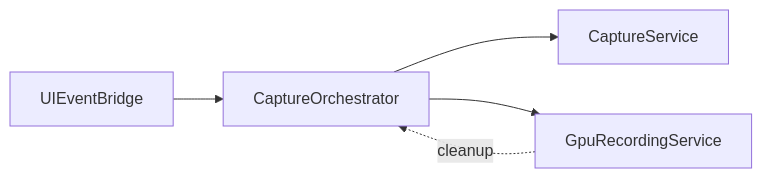
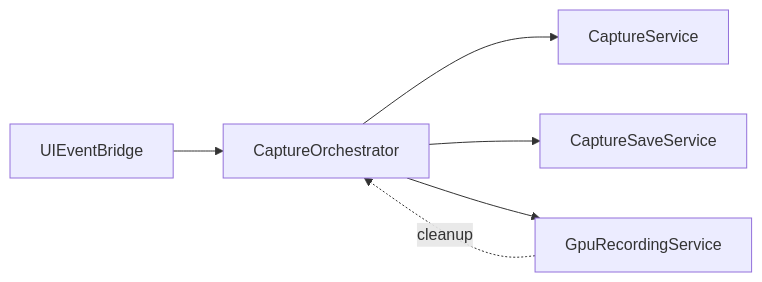
Before and after one commit to josstei/prismgb-app: the third of 6 diagrams in docs/architecture-diagrams-onboarding.md, drawn with Mermaid. The commit also changed other lines of this file and 80 other files, not shown here.

````diff
--- a/docs/architecture-diagrams-onboarding.md
+++ b/docs/architecture-diagrams-onboarding.md
@@ -51,12 +51,14 @@
 ```mermaid
 flowchart LR
   UIEventBridge[UIEventBridge]
   CaptureOrchestrator[CaptureOrchestrator]
   CaptureService[CaptureService]
+  CaptureSaveService[CaptureSaveService]
   GpuRecordingService[GpuRecordingService]
 
   UIEventBridge --> CaptureOrchestrator
   CaptureOrchestrator --> CaptureService
+  CaptureOrchestrator --> CaptureSaveService
   CaptureOrchestrator --> GpuRecordingService
   GpuRecordingService -. cleanup .-> CaptureOrchestrator
 ```
````
